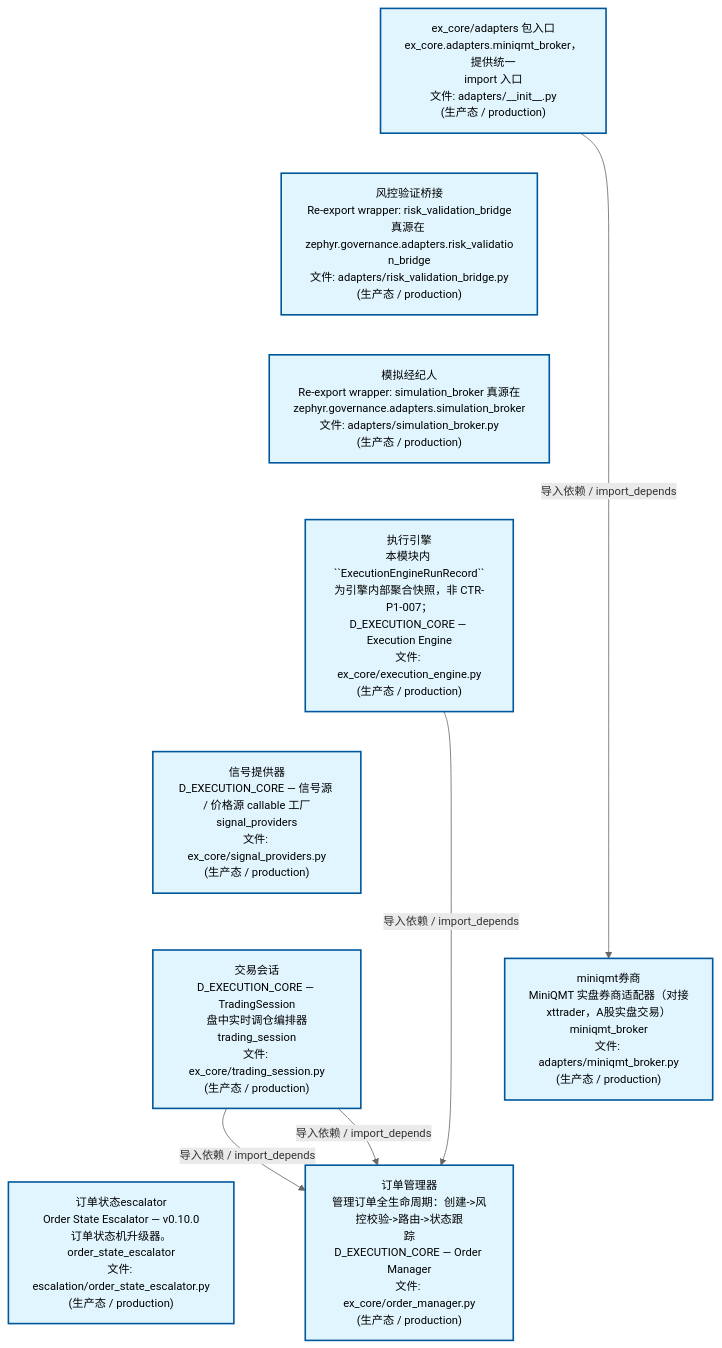
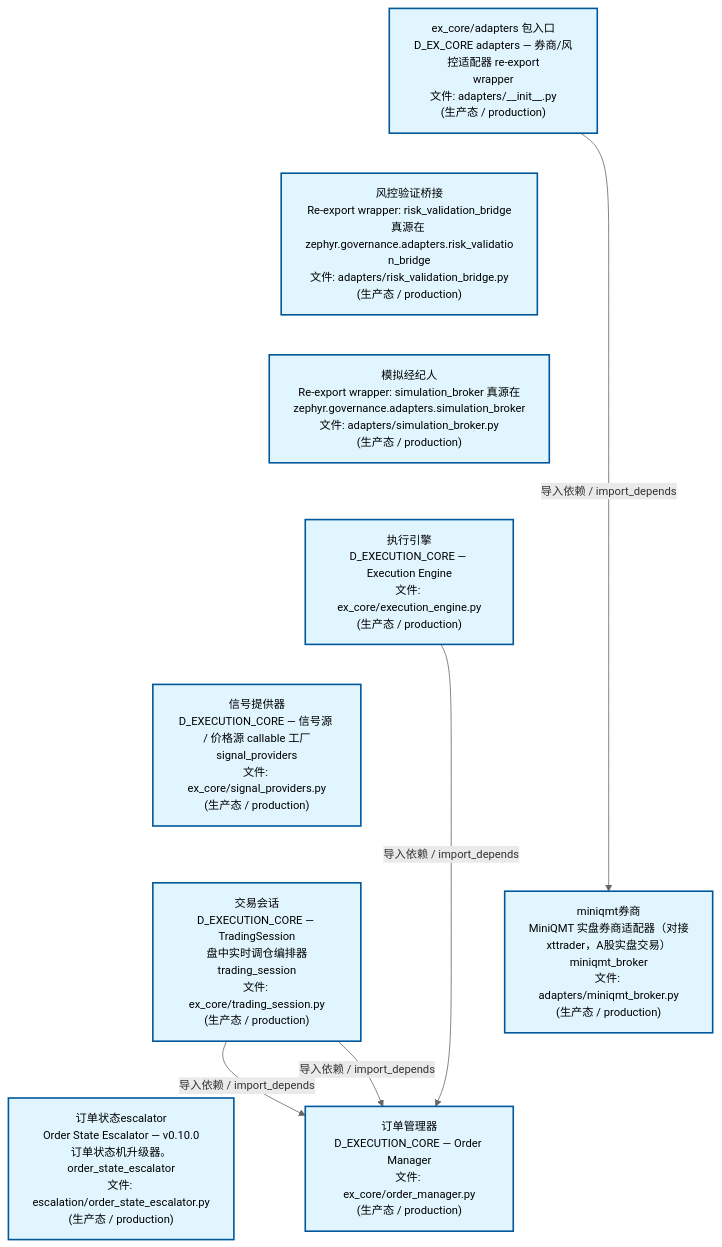
Before and after one commit to xuanFelixVan/ZephyrAlpha: the second of 4 diagrams in docs/02_enterprise_architecture/02_domain_architecture_docs/44_d_ex_core.md, drawn with Mermaid. The commit also changed other lines of this file and 45 other files, not shown here.

````diff
--- a/docs/02_enterprise_architecture/02_domain_architecture_docs/44_d_ex_core.md
+++ b/docs/02_enterprise_architecture/02_domain_architecture_docs/44_d_ex_core.md
@@ -170,29 +170,29 @@
 ```mermaid
 %%{init: {'theme': 'base', 'themeVariables': {'primaryColor': '#eaeaea', 'primaryTextColor': '#333333', 'primaryBorderColor': '#666666', 'lineColor': '#666666', 'secondaryColor': '#eaeaea', 'tertiaryColor': '#eaeaea', 'fontSize': '14px'}}}%%
 flowchart TD
-    src_zephyr_ex_core_adapters_init_py["ex_core/adapters 包入口<br/>ex_core.adapters.miniqmt_broker，提供统一<br/>import 入口<br/>文件: adapters/__init__.py<br/>(生产态 / production)"]
+    src_zephyr_ex_core_adapters_init_py["ex_core/adapters 包入口<br/>D_EX_CORE adapters — 券商/风控适配器 re-export<br/>wrapper<br/>文件: adapters/__init__.py<br/>(生产态 / production)"]
     src_zephyr_ex_core_adapters_risk_validation_bridge_py["风控验证桥接<br/>Re-export wrapper: risk_validation_bridge<br/>真源在 zephyr.governance.adapters.risk_validatio<br/>n_bridge<br/>文件: adapters/risk_validation_bridge.py<br/>(生产态 / production)"]
     src_zephyr_ex_core_adapters_simulation_broker_py["模拟经纪人<br/>Re-export wrapper: simulation_broker 真源在<br/>zephyr.governance.adapters.simulation_broker<br/>文件: adapters/simulation_broker.py<br/>(生产态 / production)"]
-    src_zephyr_ex_core_execution_engine_py["执行引擎<br/>本模块内 ``ExecutionEngineRunRecord``<br/>为引擎内部聚合快照，非 CTR-P1-007；<br/>D_EXECUTION_CORE — Execution Engine<br/>文件: ex_core/execution_engine.py<br/>(生产态 / production)"]
+    src_zephyr_ex_core_execution_engine_py["执行引擎<br/>D_EXECUTION_CORE — Execution Engine<br/>文件: ex_core/execution_engine.py<br/>(生产态 / production)"]
     src_zephyr_ex_core_signal_providers_py["信号提供器<br/>D_EXECUTION_CORE — 信号源 / 价格源 callable 工厂<br/>signal_providers<br/>文件: ex_core/signal_providers.py<br/>(生产态 / production)"]
     src_zephyr_ex_core_trading_session_py["交易会话<br/>D_EXECUTION_CORE — TradingSession<br/>盘中实时调仓编排器<br/>trading_session<br/>文件: ex_core/trading_session.py<br/>(生产态 / production)"]
     src_zephyr_governance_escalation_order_state_escalator_py["订单状态escalator<br/>Order State Escalator — v0.10.0<br/>订单状态机升级器。<br/>order_state_escalator<br/>文件: escalation/order_state_escalator.py<br/>(生产态 / production)"]
     src_zephyr_ex_core_adapters_init_py ~~~ src_zephyr_ex_core_adapters_risk_validation_bridge_py
     src_zephyr_ex_core_adapters_risk_validation_bridge_py ~~~ src_zephyr_ex_core_adapters_simulation_broker_py
     src_zephyr_ex_core_adapters_simulation_broker_py ~~~ src_zephyr_ex_core_execution_engine_py
     src_zephyr_ex_core_execution_engine_py ~~~ src_zephyr_ex_core_signal_providers_py
     src_zephyr_ex_core_signal_providers_py ~~~ src_zephyr_ex_core_trading_session_py
     src_zephyr_ex_core_trading_session_py ~~~ src_zephyr_governance_escalation_order_state_escalator_py
     src_zephyr_ex_core_adapters_miniqmt_broker_py["miniqmt券商<br/>MiniQMT 实盘券商适配器（对接<br/>xttrader，A股实盘交易）<br/>miniqmt_broker<br/>文件: adapters/miniqmt_broker.py<br/>(生产态 / production)"]
-    src_zephyr_ex_core_order_manager_py["订单管理器<br/>管理订单全生命周期：创建->风控校验->路由->状态跟<br/>踪<br/>D_EXECUTION_CORE — Order Manager<br/>文件: ex_core/order_manager.py<br/>(生产态 / production)"]
+    src_zephyr_ex_core_order_manager_py["订单管理器<br/>D_EXECUTION_CORE — Order Manager<br/>文件: ex_core/order_manager.py<br/>(生产态 / production)"]
     src_zephyr_ex_core_adapters_miniqmt_broker_py ~~~ src_zephyr_ex_core_order_manager_py
     src_zephyr_ex_core_execution_engine_py -->|导入依赖 / import_depends| src_zephyr_ex_core_order_manager_py
     src_zephyr_ex_core_adapters_init_py -->|导入依赖 / import_depends| src_zephyr_ex_core_adapters_miniqmt_broker_py
     src_zephyr_ex_core_trading_session_py -->|导入依赖 / import_depends| src_zephyr_ex_core_order_manager_py
     src_zephyr_ex_core_trading_session_py -->|导入依赖 / import_depends| src_zephyr_ex_core_order_manager_py
     classDef production fill:#e1f5fe,stroke:#01579b,stroke-width:2px,color:#000
     classDef design fill:#fff3e0,stroke:#e65100,stroke-width:2px,color:#000,stroke-dasharray: 5 5
     classDef external_prod fill:#e8f4fd,stroke:#0277bd,stroke-width:1px,color:#000
     classDef external_design fill:#fff8e7,stroke:#ef6c00,stroke-width:1px,color:#000,stroke-dasharray: 5 5
     class src_zephyr_ex_core_adapters_init_py,src_zephyr_ex_core_adapters_miniqmt_broker_py,src_zephyr_ex_core_adapters_risk_validation_bridge_py,src_zephyr_ex_core_adapters_simulation_broker_py,src_zephyr_ex_core_execution_engine_py,src_zephyr_ex_core_order_manager_py,src_zephyr_ex_core_signal_providers_py,src_zephyr_ex_core_trading_session_py,src_zephyr_governance_escalation_order_state_escalator_py production
 ```
````
